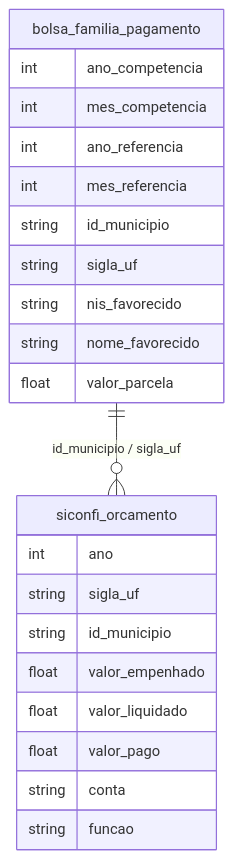
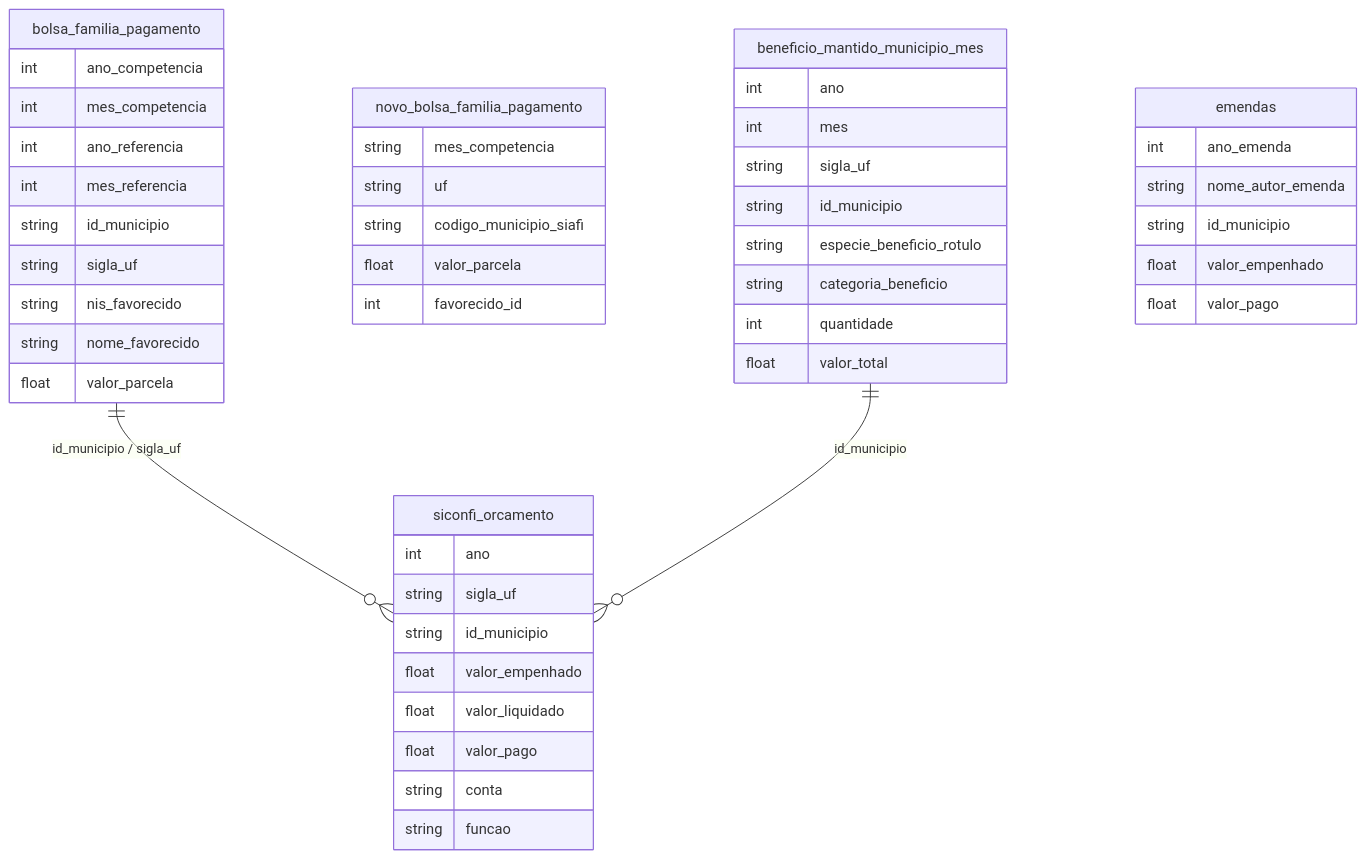
One commit to rafapolo/rodado changed the diagram in docs/mapa/overview/08_politicas_publicas.md. Above: the diagram before and after it, drawn with Mermaid. The commit also changed other lines of this file and 135 other files, not shown here.

````diff
--- a/docs/mapa/overview/08_politicas_publicas.md
+++ b/docs/mapa/overview/08_politicas_publicas.md
@@ -2,25 +2,50 @@
 ```mermaid
 erDiagram
     bolsa_familia_pagamento {
         int ano_competencia
         int mes_competencia
         int ano_referencia
         int mes_referencia
         string id_municipio
         string sigla_uf
         string nis_favorecido
         string nome_favorecido
         float valor_parcela
     }
     siconfi_orcamento {
         int ano
         string sigla_uf
         string id_municipio
         float valor_empenhado
         float valor_liquidado
         float valor_pago
         string conta
         string funcao
     }
+    novo_bolsa_familia_pagamento {
+        string mes_competencia
+        string uf
+        string codigo_municipio_siafi
+        float valor_parcela
+        int favorecido_id
+    }
+    beneficio_mantido_municipio_mes {
+        int ano
+        int mes
+        string sigla_uf
+        string id_municipio
+        string especie_beneficio_rotulo
+        string categoria_beneficio
+        int quantidade
+        float valor_total
+    }
+    emendas {
+        int ano_emenda
+        string nome_autor_emenda
+        string id_municipio
+        float valor_empenhado
+        float valor_pago
+    }
     bolsa_familia_pagamento ||--o{ siconfi_orcamento : "id_municipio / sigla_uf"
+    beneficio_mantido_municipio_mes ||--o{ siconfi_orcamento : "id_municipio"
 ```
````
